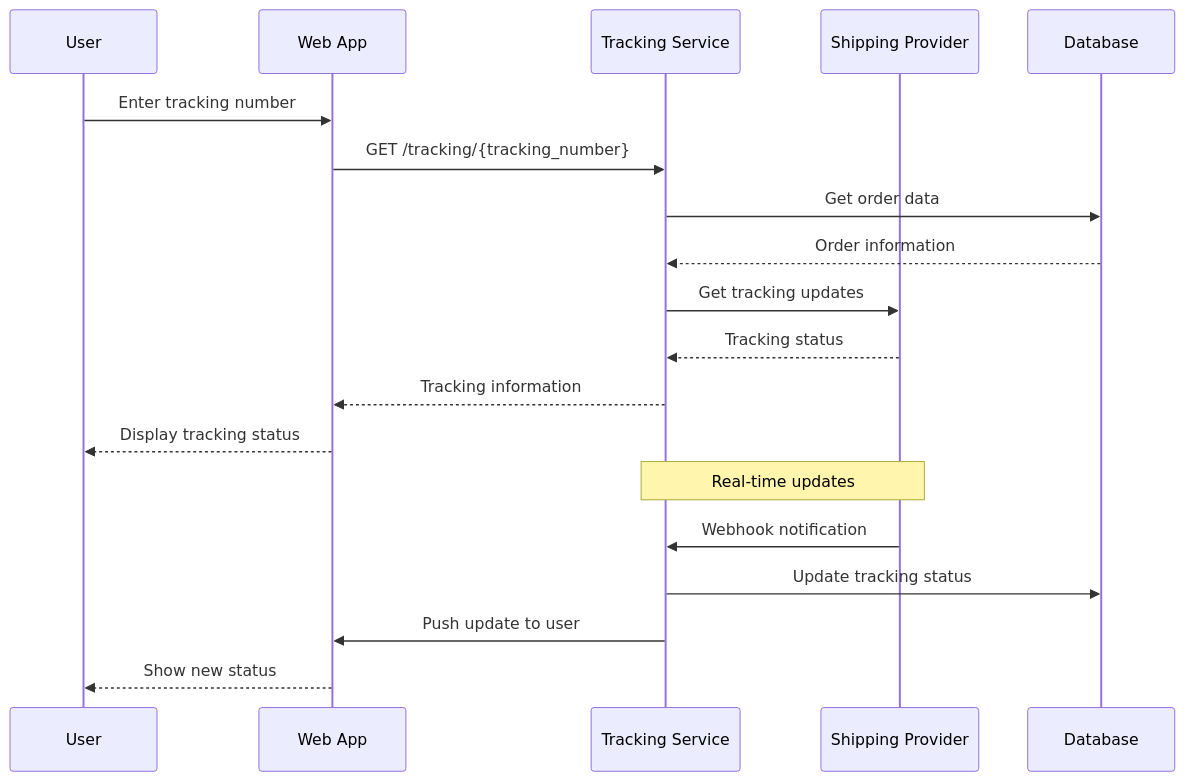
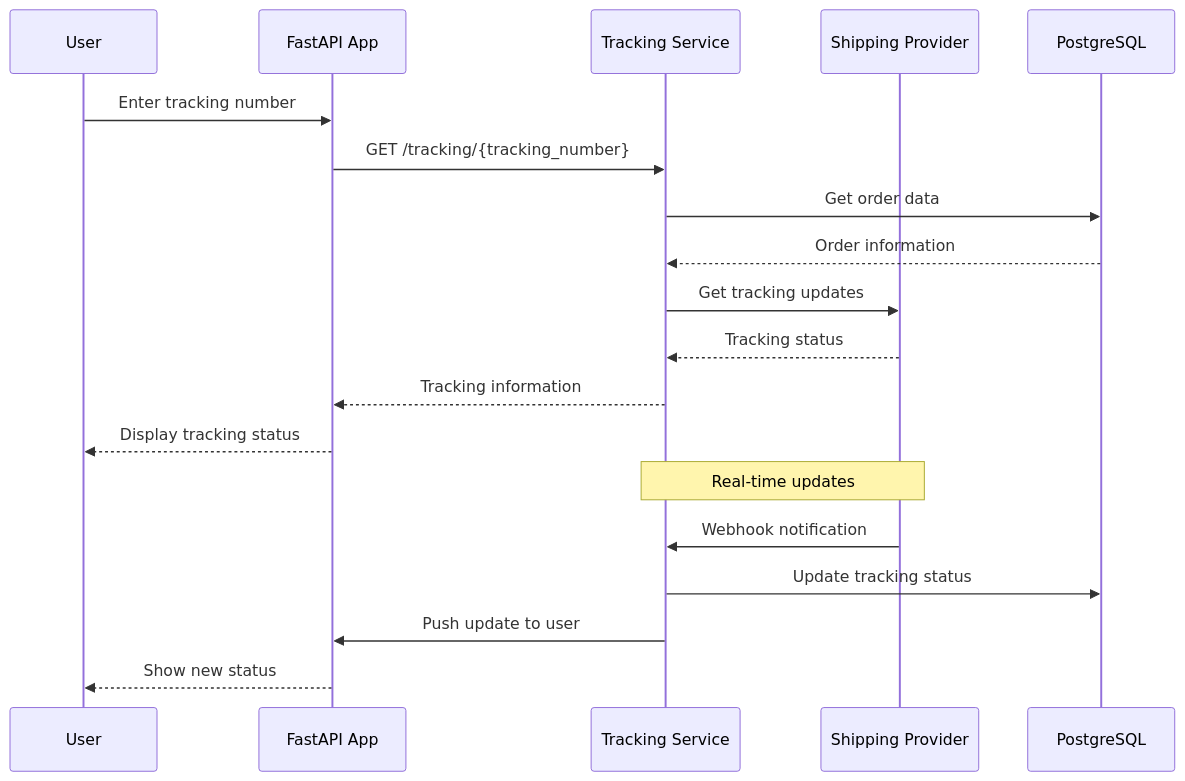
One commit to manko-max/pdp changed the fifth of 6 diagrams in design-first-approach/feature-examples.md. Above: the diagram before and after it, drawn with Mermaid. The commit also changed other lines of this file, not shown here.

````diff
--- a/design-first-approach/feature-examples.md
+++ b/design-first-approach/feature-examples.md
@@ -364,23 +750,23 @@
 ```mermaid
 sequenceDiagram
     participant U as User
-    participant W as Web App
+    participant W as FastAPI App
     participant T as Tracking Service
     participant S as Shipping Provider
-    participant D as Database
+    participant D as PostgreSQL
 
     U->>W: Enter tracking number
     W->>T: GET /tracking/{tracking_number}
     T->>D: Get order data
     D-->>T: Order information
     T->>S: Get tracking updates
     S-->>T: Tracking status
     T-->>W: Tracking information
     W-->>U: Display tracking status
 
     Note over T,S: Real-time updates
     S->>T: Webhook notification
     T->>D: Update tracking status
     T->>W: Push update to user
     W-->>U: Show new status
 ```
````
